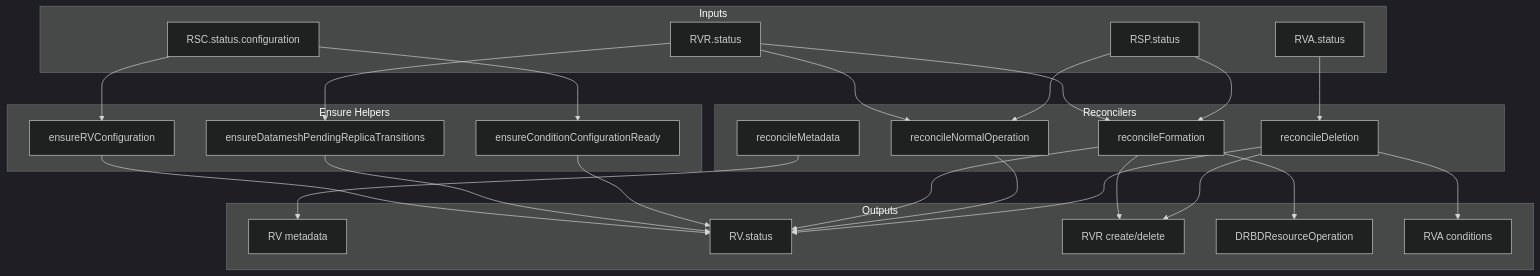
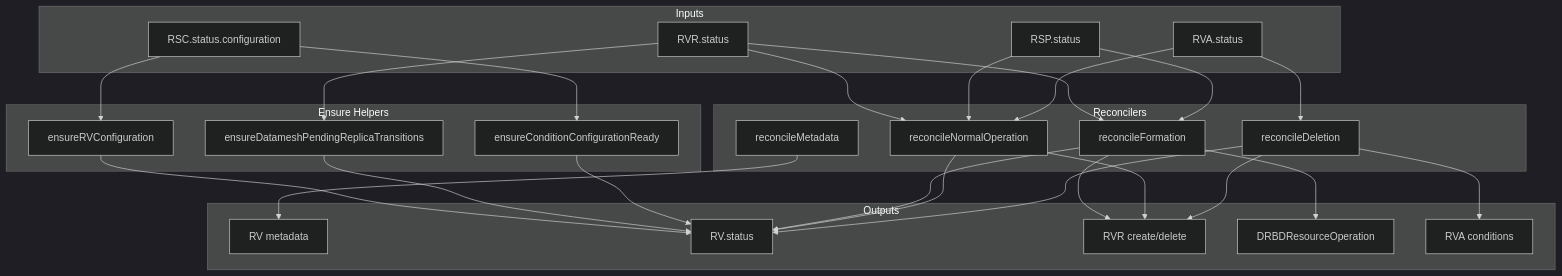
The second of 9 diagrams in images/controller/internal/controllers/rv_controller/README.md (deckhouse/sds-replicated-volume), drawn with Mermaid (dark theme) before and after one commit. The commit also changed other lines of this file and 5 other files, not shown here.

````diff
--- a/images/controller/internal/controllers/rv_controller/README.md
+++ b/images/controller/internal/controllers/rv_controller/README.md
@@ -256,51 +258,53 @@
 ```mermaid
 flowchart TD
     subgraph inputs [Inputs]
         RSCStatus[RSC.status.configuration]
         RSP[RSP.status]
         RVRStatus[RVR.status]
         RVAStatus[RVA.status]
     end
 
     subgraph reconcilers [Reconcilers]
         ReconcileMeta[reconcileMetadata]
         ReconcileFormation[reconcileFormation]
         ReconcileNormalOp[reconcileNormalOperation]
         ReconcileDeletion[reconcileDeletion]
     end
 
     subgraph ensures [Ensure Helpers]
         EnsureConfig[ensureRVConfiguration]
         EnsurePending[ensureDatameshPendingReplicaTransitions]
         EnsureCondConfig[ensureConditionConfigurationReady]
     end
 
     subgraph outputs [Outputs]
         RVMeta[RV metadata]
         RVStatus[RV.status]
         RVRManaged[RVR create/delete]
         DRBDROp[DRBDResourceOperation]
         RVAConditions[RVA conditions]
     end
 
     RSCStatus --> EnsureConfig
     RSCStatus --> EnsureCondConfig
     RVRStatus --> EnsurePending
     RVRStatus --> ReconcileFormation
     RSP --> ReconcileFormation
     RVRStatus --> ReconcileNormalOp
     RSP --> ReconcileNormalOp
+    RVAStatus --> ReconcileNormalOp
     RVAStatus --> ReconcileDeletion
 
     ReconcileMeta --> RVMeta
     EnsureConfig --> RVStatus
     EnsurePending --> RVStatus
     EnsureCondConfig --> RVStatus
     ReconcileFormation --> RVStatus
     ReconcileFormation --> RVRManaged
     ReconcileFormation --> DRBDROp
     ReconcileNormalOp --> RVStatus
+    ReconcileNormalOp --> RVRManaged
     ReconcileDeletion --> RVAConditions
     ReconcileDeletion --> RVRManaged
     ReconcileDeletion --> RVStatus
 ```
````
